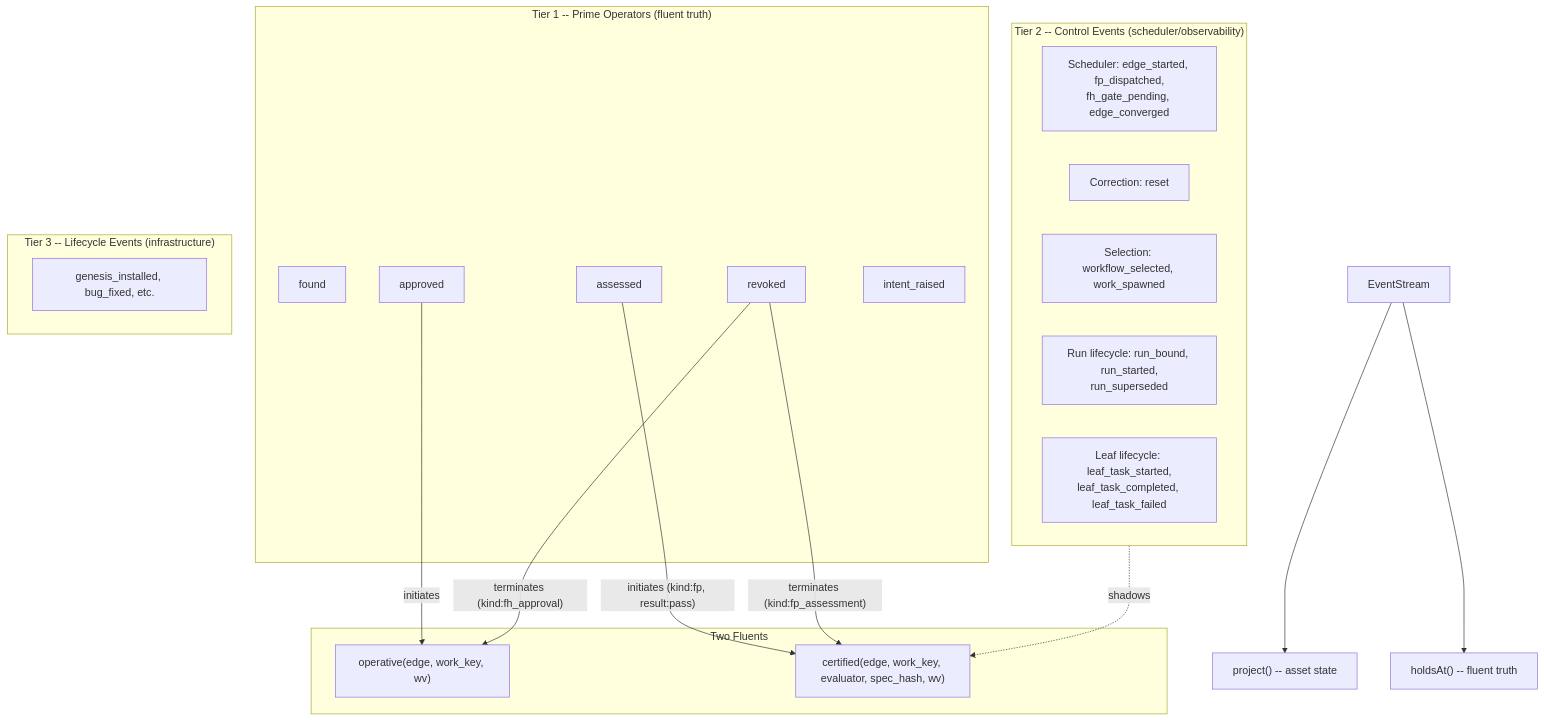
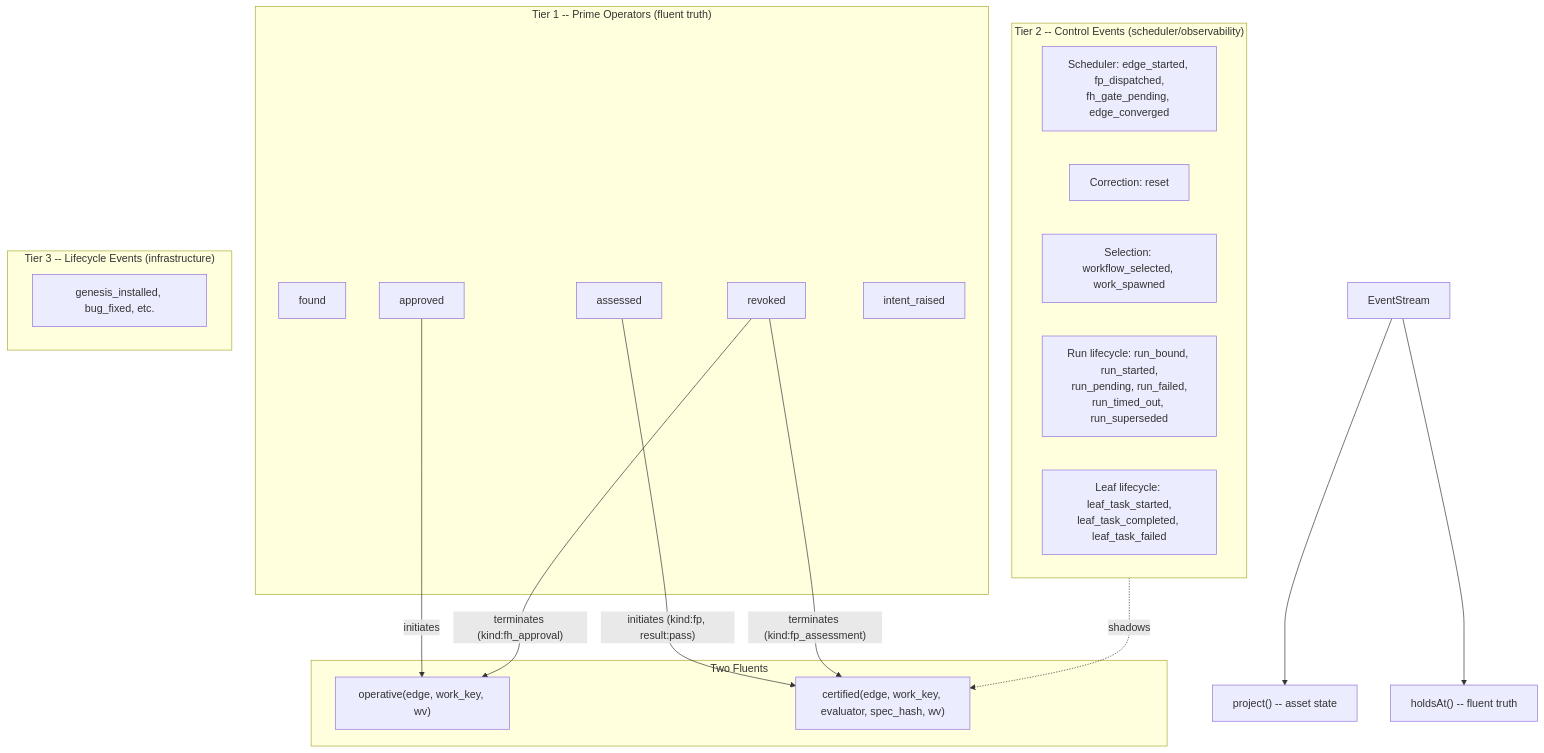
One commit to foolishimp/abiogenesis changed the fourth of 23 diagrams in docs/ABG_Design_Document.md. Above: the diagram before and after it, drawn with Mermaid. The commit also changed other lines of this file and 26 other files, not shown here.

````diff
--- a/docs/ABG_Design_Document.md
+++ b/docs/ABG_Design_Document.md
@@ -325,37 +336,37 @@
 ```mermaid
 flowchart TD
     subgraph Tier1["Tier 1 -- Prime Operators (fluent truth)"]
         F1[found]
         A1[approved]
         S1[assessed]
         R1[revoked]
         I1[intent_raised]
     end
 
     subgraph Tier2["Tier 2 -- Control Events (scheduler/observability)"]
         direction LR
         C1["Scheduler: edge_started, fp_dispatched,\nfh_gate_pending, edge_converged"]
         C2["Correction: reset"]
         C3["Selection: workflow_selected, work_spawned"]
-        C4["Run lifecycle: run_bound, run_started,\nrun_superseded"]
+        C4["Run lifecycle: run_bound, run_started,\nrun_pending, run_failed,\nrun_timed_out, run_superseded"]
         C5["Leaf lifecycle: leaf_task_started,\nleaf_task_completed, leaf_task_failed"]
     end
 
     subgraph Tier3["Tier 3 -- Lifecycle Events (infrastructure)"]
         L1["genesis_installed, bug_fixed, etc."]
     end
 
     subgraph Fluents["Two Fluents"]
         OP["operative(edge, work_key, wv)"]
         CF["certified(edge, work_key, evaluator, spec_hash, wv)"]
     end
 
     A1 -->|initiates| OP
     S1 -->|"initiates (kind:fp, result:pass)"| CF
     R1 -->|"terminates (kind:fh_approval)"| OP
     R1 -->|"terminates (kind:fp_assessment)"| CF
     C2 -.->|shadows| CF
 
     ES[EventStream] --> PJ["project() -- asset state"]
     ES --> HA["holdsAt() -- fluent truth"]
 ```
````
